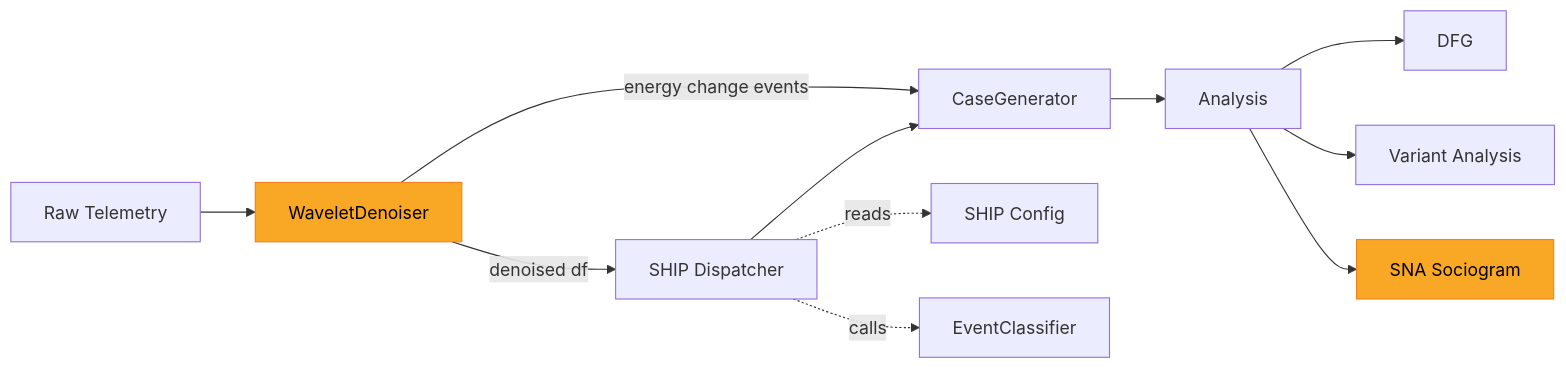
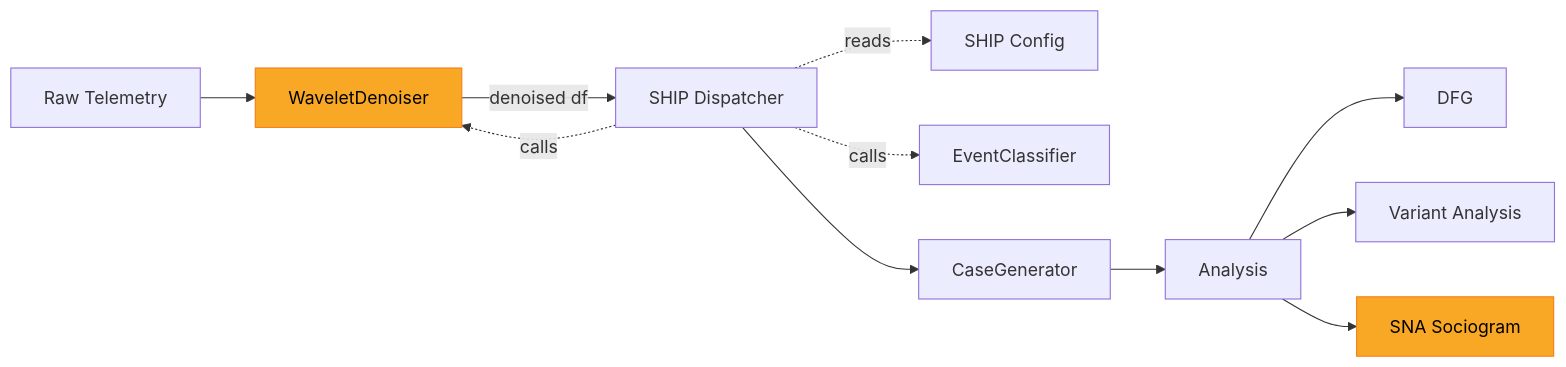
Before and after one commit to GarrettGruss/process-mining-demo: the first of 3 diagrams in examples/example_5/overview.md, drawn with Mermaid. The commit also changed other lines of this file, not shown here.

````diff
--- a/examples/example_5/overview.md
+++ b/examples/example_5/overview.md
@@ -7,16 +7,16 @@
 ```mermaid
 flowchart LR
     A[Raw Telemetry] --> B[WaveletDenoiser]:::stretch
     B --denoised df--> C[SHIP Dispatcher]
-    B --energy change events--> D
     C -.reads.-> C2[SHIP Config]
     C -.calls.-> C3[EventClassifier]
+    C -.calls.-> B
     C --> D[CaseGenerator]
     D --> E[Analysis]
 
     E --> E1[DFG]
     E --> E2[Variant Analysis]
     E --> E3[SNA Sociogram]:::stretch
 
     classDef stretch fill:#f9a825,stroke:#f57f17,color:#000
 ```
````
